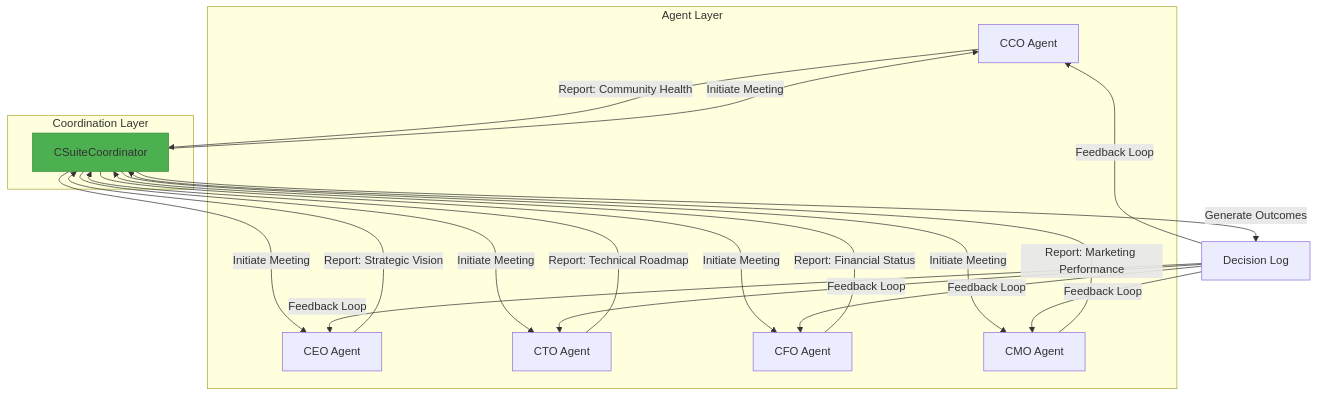
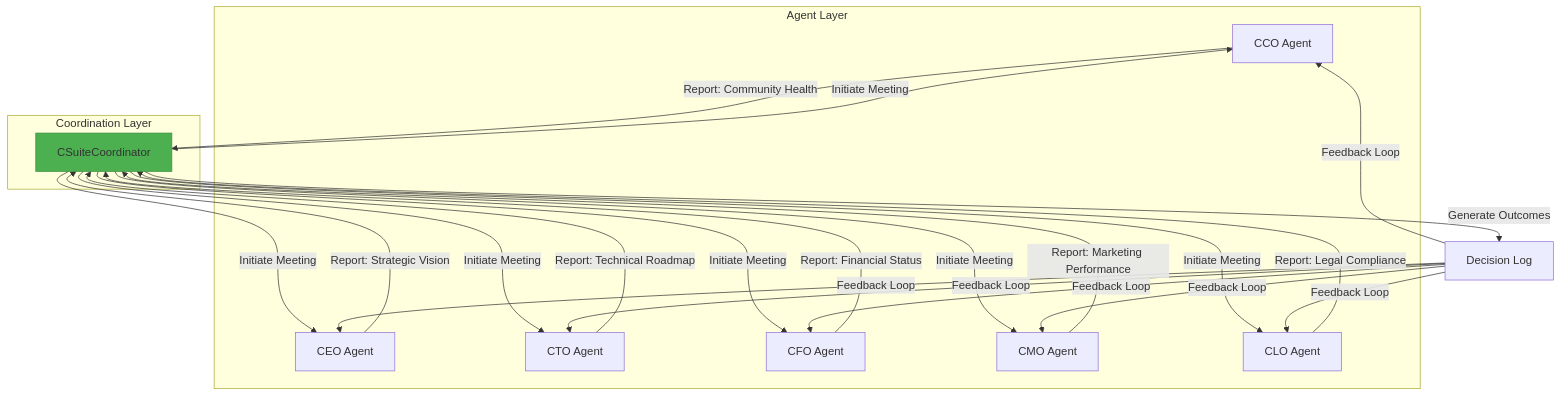
Before and after one commit to 371-Minds/os: the second of 7 diagrams in .qoder/repowiki/en/content/C-Suite Agent Coordination.md, drawn with Mermaid. The commit also changed other lines of this file and 23 other files, not shown here.

````diff
--- a/.qoder/repowiki/en/content/C-Suite Agent Coordination.md
+++ b/.qoder/repowiki/en/content/C-Suite Agent Coordination.md
@@ -89,30 +99,34 @@
 ```mermaid
 graph TB
 subgraph "Agent Layer"
 A1[CCO Agent]
 A2[CEO Agent]
 A3[CTO Agent]
 A4[CFO Agent]
 A5[CMO Agent]
+A6[CLO Agent]
 end
 subgraph "Coordination Layer"
 Coordinator[CSuiteCoordinator]
 end
 Coordinator --> |Initiate Meeting| A1
 Coordinator --> |Initiate Meeting| A2
 Coordinator --> |Initiate Meeting| A3
 Coordinator --> |Initiate Meeting| A4
 Coordinator --> |Initiate Meeting| A5
+Coordinator --> |Initiate Meeting| A6
 A1 --> |Report: Community Health| Coordinator
 A2 --> |Report: Strategic Vision| Coordinator
 A3 --> |Report: Technical Roadmap| Coordinator
 A4 --> |Report: Financial Status| Coordinator
 A5 --> |Report: Marketing Performance| Coordinator
+A6 --> |Report: Legal Compliance| Coordinator
 Coordinator --> |Generate Outcomes| DecisionLog[Decision Log]
 DecisionLog --> |Feedback Loop| A1
 DecisionLog --> |Feedback Loop| A2
 DecisionLog --> |Feedback Loop| A3
 DecisionLog --> |Feedback Loop| A4
 DecisionLog --> |Feedback Loop| A5
+DecisionLog --> |Feedback Loop| A6
 style Coordinator fill:#4CAF50,stroke:#388E3C
 ```
````
